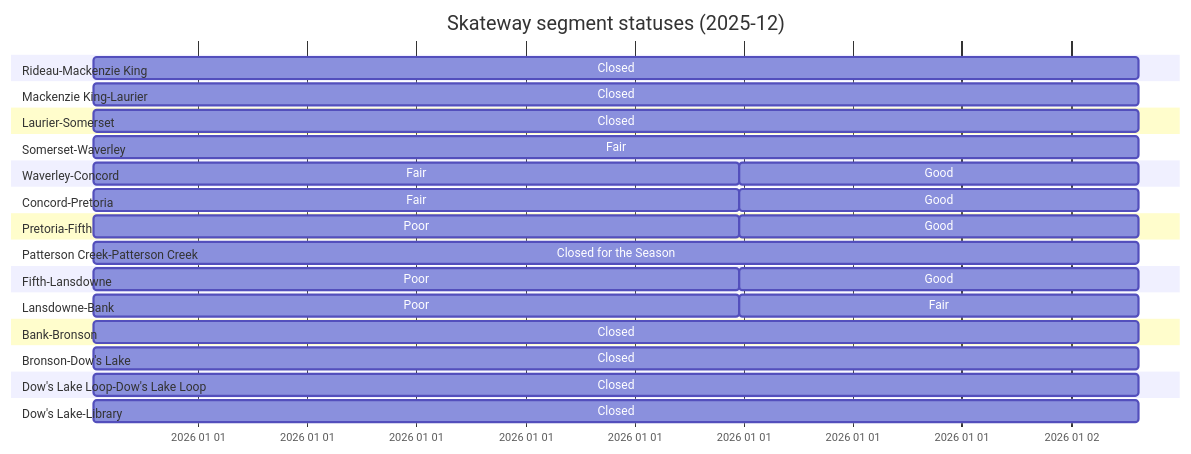
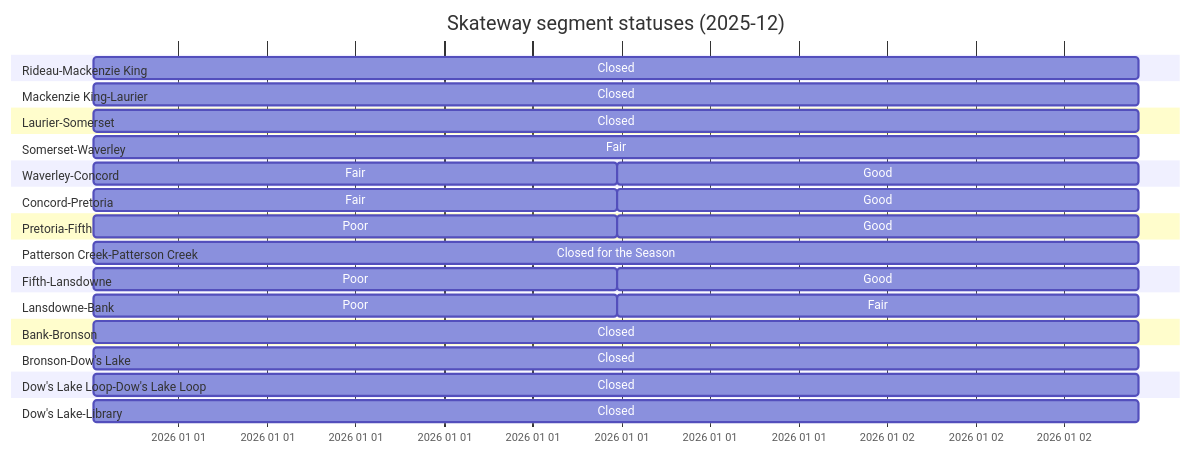
One commit to PatLittle/skateway_data changed the diagram in gantt.md. Above: the diagram before and after it, drawn with Mermaid. The commit also changed 2 other files, not shown here.

````diff
--- a/gantt.md
+++ b/gantt.md
@@ -2,49 +2,49 @@
 ```mermaid
 ---
 topAxis: true
 displayMode: compact
 config:
   themeCSS: " #vg { fill: Green } #g {fill: yellow} #f {fill: orange} #p {fill: red}      \n
 #c {fill: Black} #cs {fill: Black} #sc {fill: White} #wo {fill: saddlebrown} \n
             text[id^=cs] { fill: red; } text[id^=sc] { fill: red; }
         "
 ---
 
 gantt
   title Skateway segment statuses (2025-12)
   dateFormat  YYYY-MM-DD HH:mm:ss
   axisFormat  %Y %m %d
   section Rideau-Mackenzie King
-  Closed: c, 2025-12-31 21:07:33, 2026-01-02 01:51:29
+  Closed: c, 2025-12-31 21:07:33, 2026-01-02 08:31:40
   section Mackenzie King-Laurier
-  Closed: c, 2025-12-31 21:07:33, 2026-01-02 01:51:29
+  Closed: c, 2025-12-31 21:07:33, 2026-01-02 08:31:40
   section Laurier-Somerset
-  Closed: c, 2025-12-31 21:07:33, 2026-01-02 01:51:29
+  Closed: c, 2025-12-31 21:07:33, 2026-01-02 08:31:40
   section Somerset-Waverley
-  Fair: f, 2025-12-31 21:07:33, 2026-01-02 01:51:29
+  Fair: f, 2025-12-31 21:07:33, 2026-01-02 08:31:40
   section Waverley-Concord
   Fair: f, 2025-12-31 21:07:33, 2026-01-01 14:52:27
-  Good: g, 2026-01-01 14:52:27, 2026-01-02 01:51:29
+  Good: g, 2026-01-01 14:52:27, 2026-01-02 08:31:40
   section Concord-Pretoria
   Fair: f, 2025-12-31 21:07:33, 2026-01-01 14:52:27
-  Good: g, 2026-01-01 14:52:27, 2026-01-02 01:51:29
+  Good: g, 2026-01-01 14:52:27, 2026-01-02 08:31:40
   section Pretoria-Fifth
   Poor: p, 2025-12-31 21:07:33, 2026-01-01 14:52:27
-  Good: g, 2026-01-01 14:52:27, 2026-01-02 01:51:29
+  Good: g, 2026-01-01 14:52:27, 2026-01-02 08:31:40
   section Patterson Creek-Patterson Creek
-  Closed for the Season: cs, 2025-12-31 21:07:33, 2026-01-02 01:51:29
+  Closed for the Season: cs, 2025-12-31 21:07:33, 2026-01-02 08:31:40
   section Fifth-Lansdowne
   Poor: p, 2025-12-31 21:07:33, 2026-01-01 14:52:27
-  Good: g, 2026-01-01 14:52:27, 2026-01-02 01:51:29
+  Good: g, 2026-01-01 14:52:27, 2026-01-02 08:31:40
   section Lansdowne-Bank
   Poor: p, 2025-12-31 21:07:33, 2026-01-01 14:52:27
-  Fair: f, 2026-01-01 14:52:27, 2026-01-02 01:51:29
+  Fair: f, 2026-01-01 14:52:27, 2026-01-02 08:31:40
   section Bank-Bronson
-  Closed: c, 2025-12-31 21:07:33, 2026-01-02 01:51:29
+  Closed: c, 2025-12-31 21:07:33, 2026-01-02 08:31:40
   section Bronson-Dow's Lake
-  Closed: c, 2025-12-31 21:07:33, 2026-01-02 01:51:29
+  Closed: c, 2025-12-31 21:07:33, 2026-01-02 08:31:40
   section Dow's Lake Loop-Dow's Lake Loop
-  Closed: c, 2025-12-31 21:07:33, 2026-01-02 01:51:29
+  Closed: c, 2025-12-31 21:07:33, 2026-01-02 08:31:40
   section Dow's Lake-Library
-  Closed: c, 2025-12-31 21:07:33, 2026-01-02 01:51:29
+  Closed: c, 2025-12-31 21:07:33, 2026-01-02 08:31:40
 ```
````
